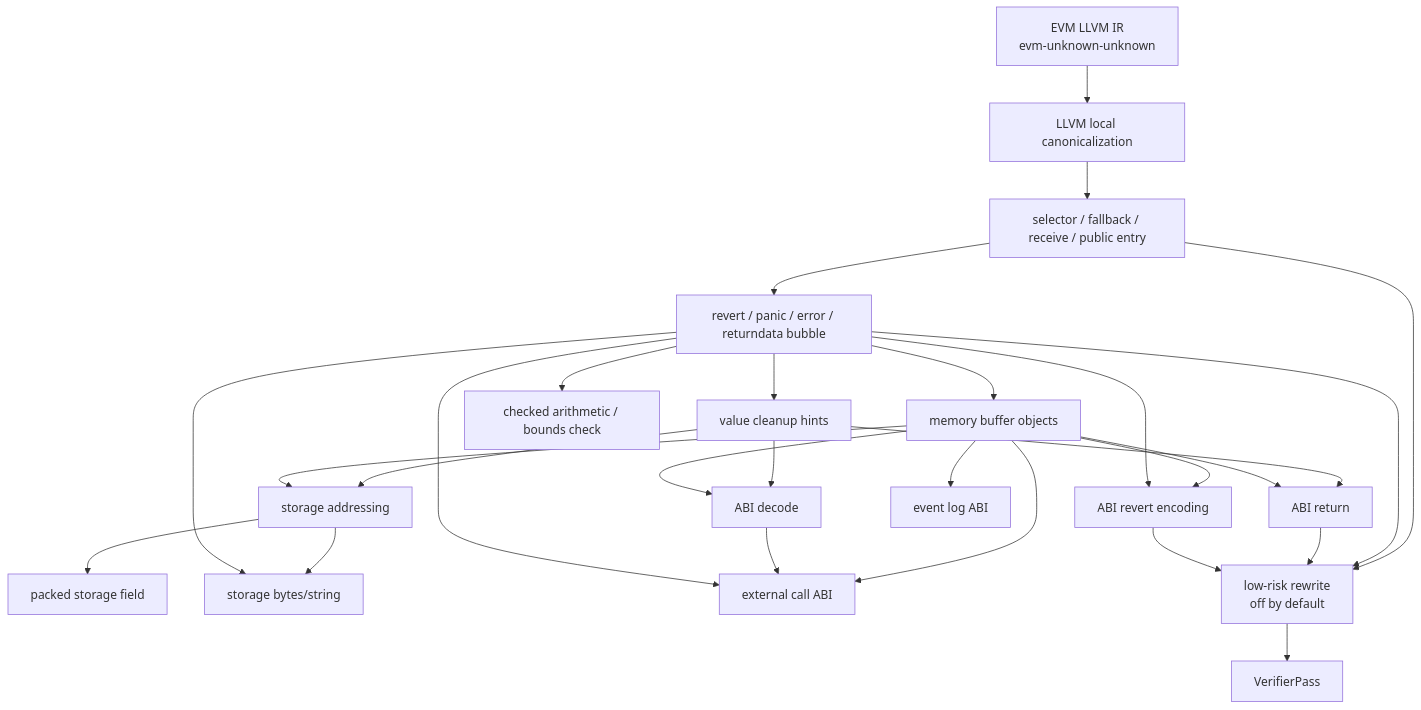
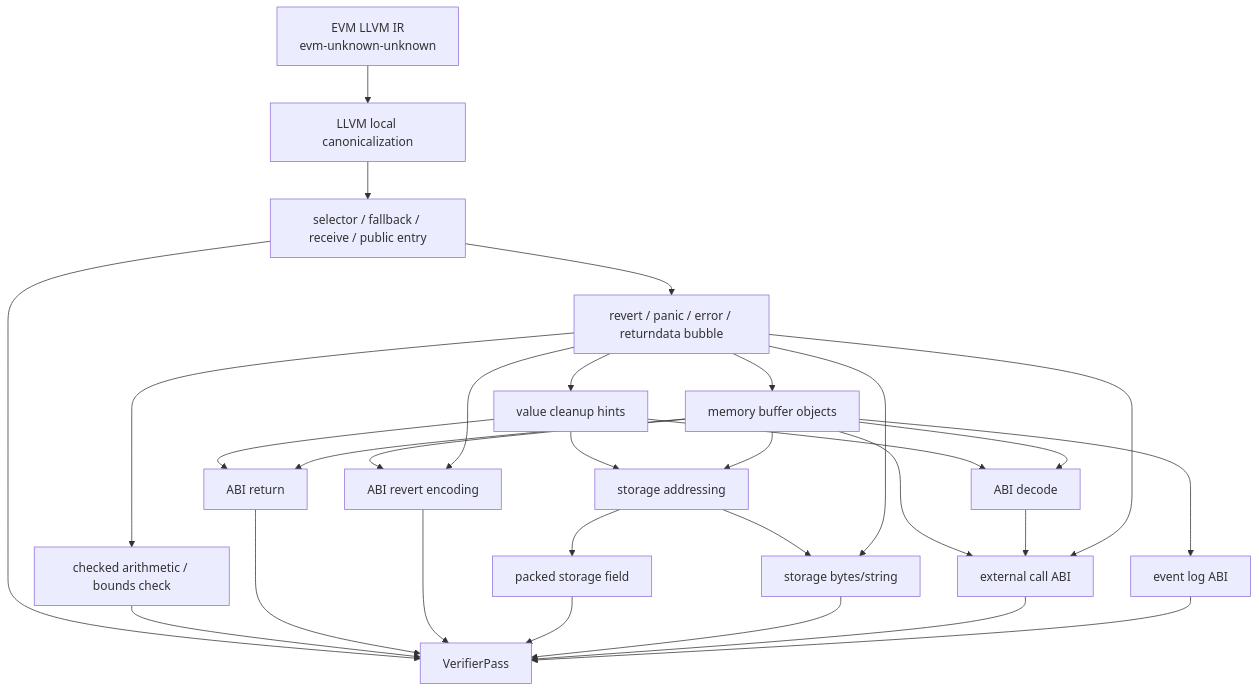
The diagram in logs/20260522-01-Evm2llvmSolidityPassOrderingPlan.md (NotDec/NotDec), drawn with Mermaid before and after one commit. The commit also changed other lines of this file, not shown here.

Commit message:
Make EVM pattern rewrite default per pass

````diff
--- a/logs/20260522-01-Evm2llvmSolidityPassOrderingPlan.md
+++ b/logs/20260522-01-Evm2llvmSolidityPassOrderingPlan.md
@@ -67,35 +66,38 @@
 ```mermaid
 flowchart TD
   A[EVM LLVM IR<br/>evm-unknown-unknown] --> B[LLVM local canonicalization]
 
   B --> C[selector / fallback / receive / public entry]
   C --> D[revert / panic / error / returndata bubble]
 
   D --> E[value cleanup hints]
   D --> F[memory buffer objects]
   E --> G[ABI decode]
   F --> G
   E --> H[ABI return]
   F --> H
   D --> I[checked arithmetic / bounds check]
 
   F --> J[ABI revert encoding]
   D --> J
 
   E --> K[storage addressing]
   F --> K
   K --> L[packed storage field]
   K --> M[storage bytes/string]
   D --> M
 
   F --> N[external call ABI]
   G --> N
   D --> N
   F --> O[event log ABI]
 
-  C --> P[low-risk rewrite<br/>off by default]
-  D --> P
-  H --> P
-  J --> P
-  P --> Q[VerifierPass]
+  C --> Q[VerifierPass]
+  I --> Q
+  H --> Q
+  J --> Q
+  L --> Q
+  M --> Q
+  N --> Q
+  O --> Q
 ```
````
